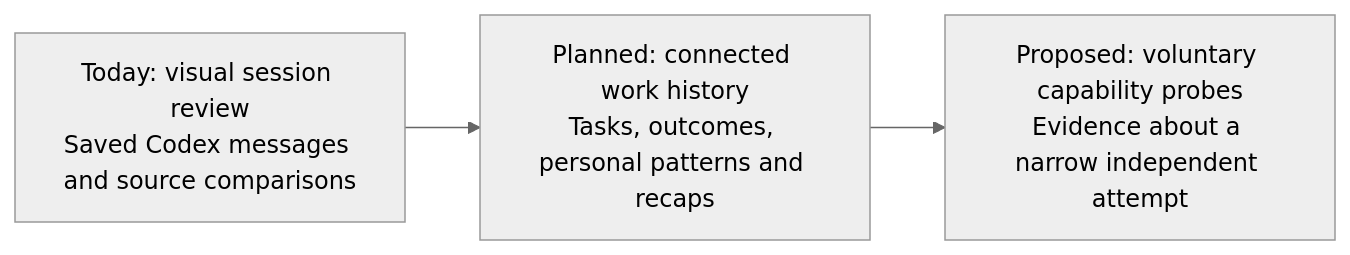
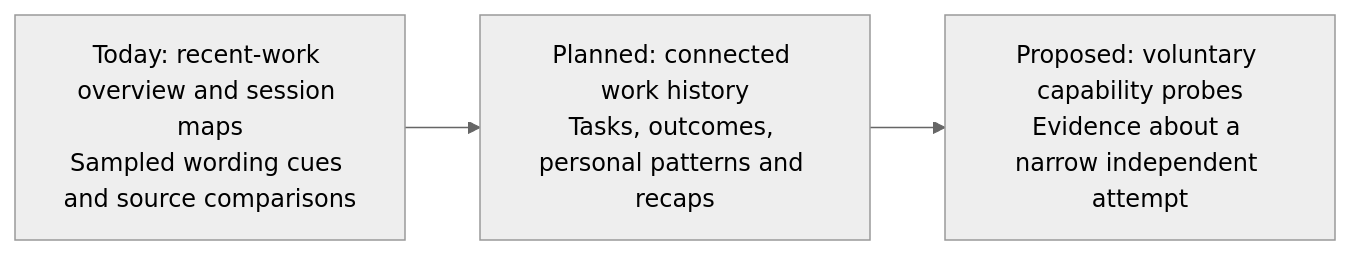
Before and after one commit to romrom-20/Vernier: the diagram in README.md, drawn with Mermaid (neutral theme). The commit also changed other lines of this file and 22 other files, not shown here.

Commit message:
Show recent work across Conductor workspaces with inspectable prompt cues

````diff
--- a/README.md
+++ b/README.md
@@ -35,5 +35,5 @@
 ```mermaid
 flowchart LR
-    A["Today: visual session review<br/>Saved Codex messages and source comparisons"] --> B["Planned: connected work history<br/>Tasks, outcomes, personal patterns and recaps"]
+    A["Today: recent-work overview and session maps<br/>Sampled wording cues and source comparisons"] --> B["Planned: connected work history<br/>Tasks, outcomes, personal patterns and recaps"]
     B --> C["Proposed: voluntary capability probes<br/>Evidence about a narrow independent attempt"]
 ```
````
